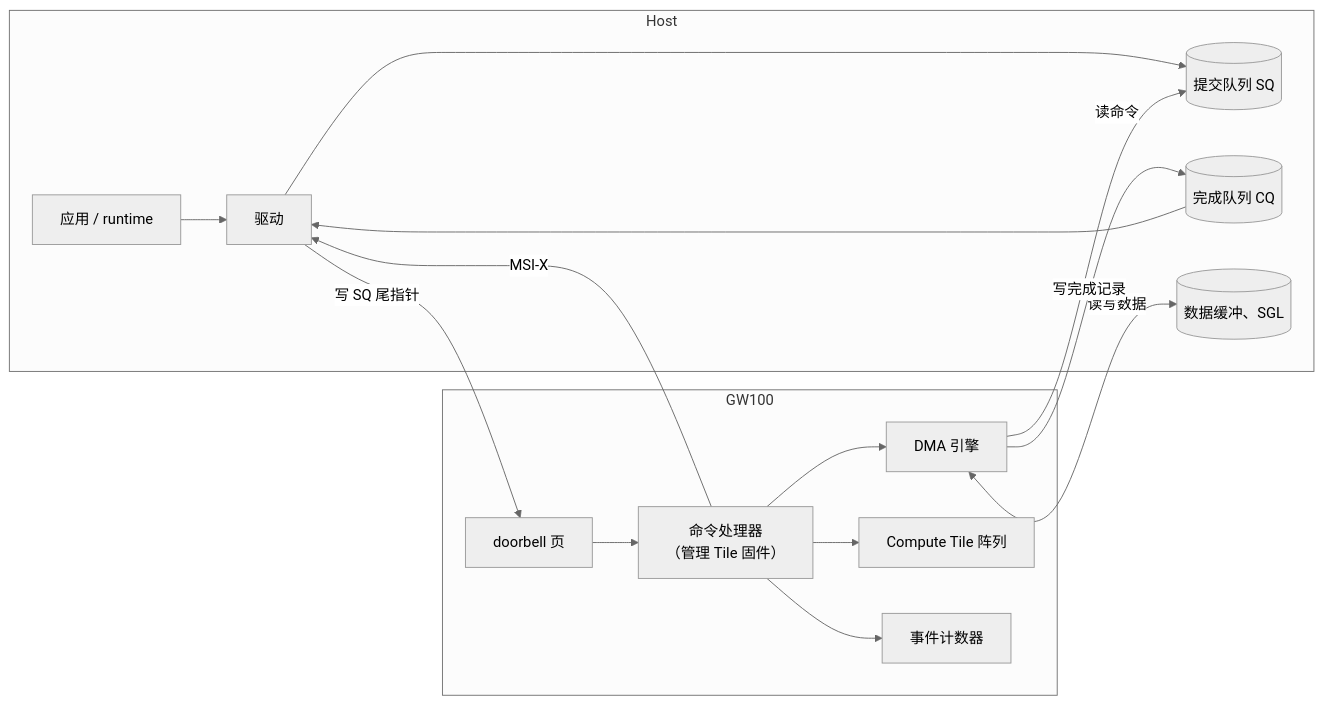
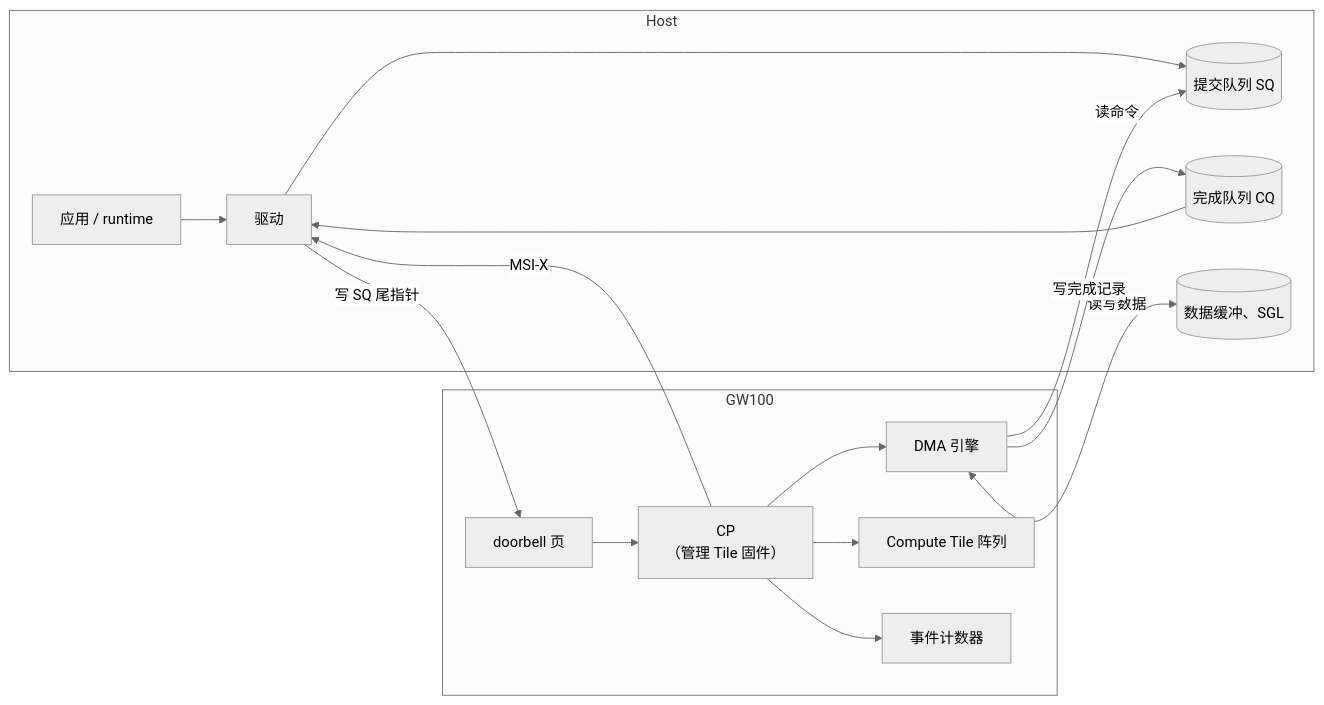
Before and after one commit to gevico/gw100-gem5: the first of 4 diagrams in docs/spec/host/spec-hdi.md, drawn with Mermaid (neutral theme). The commit also changed other lines of this file and 1 other file, not shown here.

````diff
--- a/docs/spec/host/spec-hdi.md
+++ b/docs/spec/host/spec-hdi.md
@@ -30,20 +30,20 @@
 ```mermaid
 flowchart LR
   subgraph Host
     APP[应用 / runtime] --> DRV[驱动]
     DRV --> SQ[(提交队列 SQ)]
     CQ[(完成队列 CQ)] --> DRV
     BUF[(数据缓冲、SGL)]
   end
   subgraph GW100
-    DB[doorbell 页] --> CP[命令处理器<br/>（管理 Tile 固件）]
+    DB[doorbell 页] --> CP[CP<br/>（管理 Tile 固件）]
     CP --> DMA[DMA 引擎]
     CP --> TILES[Compute Tile 阵列]
     CP --> EV[事件计数器]
   end
   DRV -->|写 SQ 尾指针| DB
   DMA -->|读命令| SQ
   DMA <-->|读写数据| BUF
   DMA -->|写完成记录| CQ
   CP -->|MSI-X| DRV
 ```
````
